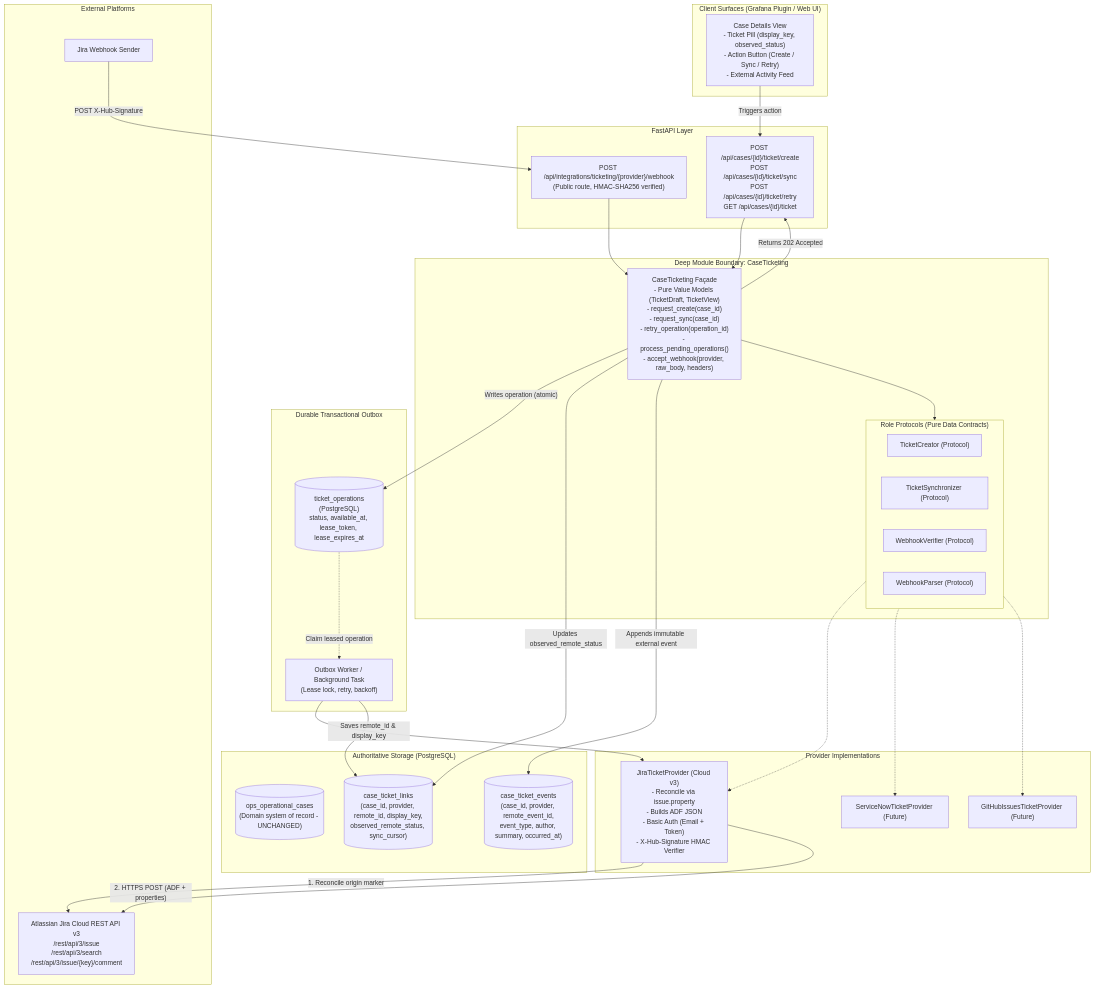
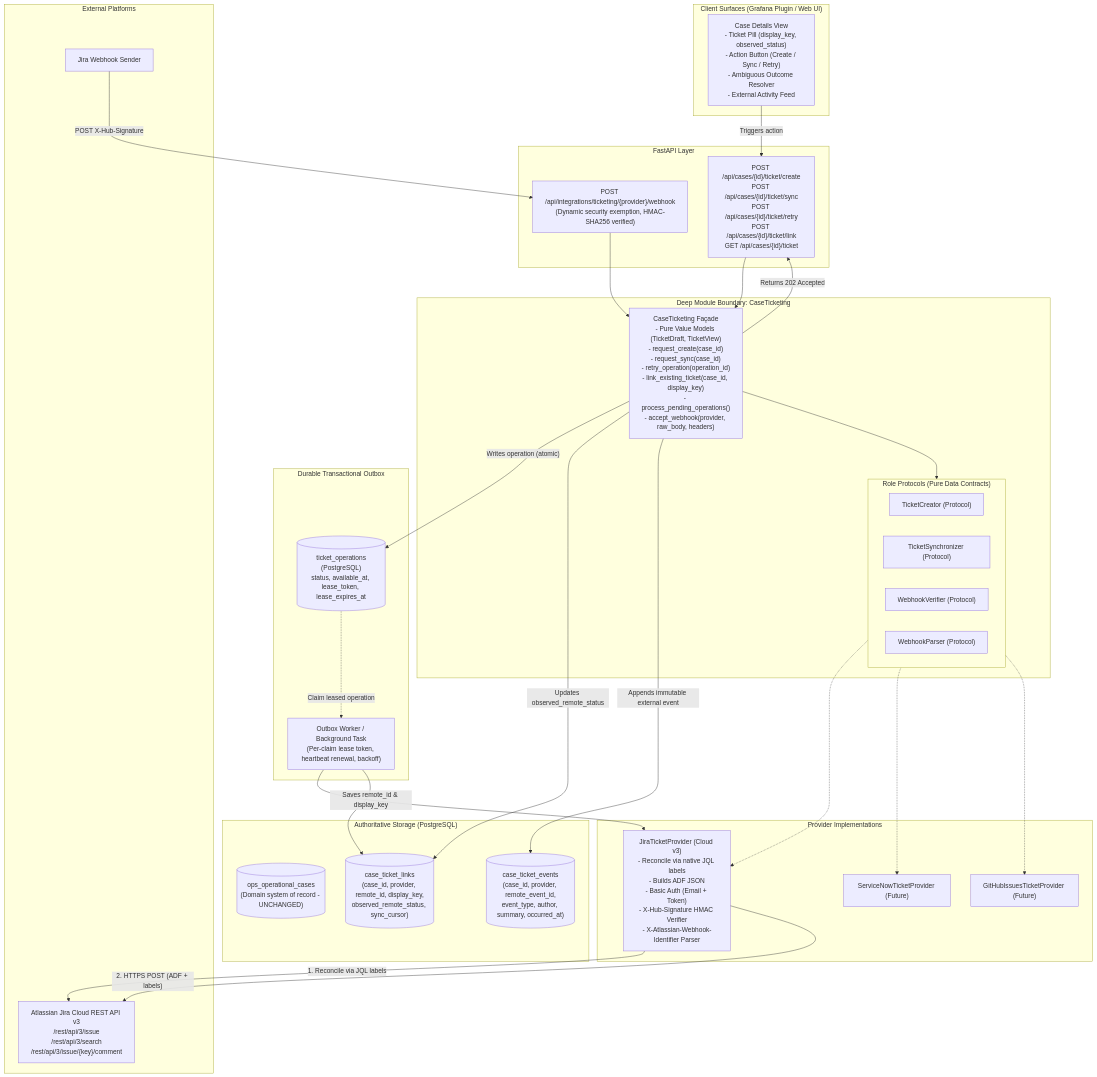
One commit to ramprasadgk9/ops-signals changed the diagram in docs/design/proposals/jira-integration-plan.md. Above: the diagram before and after it, drawn with Mermaid. The commit also changed other lines of this file, not shown here.

Commit message:
docs: resolve Jira reconciliation via native labels, concrete webhook identity, lease heartbeat, and dynamic auth

````diff
--- a/docs/design/proposals/jira-integration-plan.md
+++ b/docs/design/proposals/jira-integration-plan.md
@@ -51,65 +51,65 @@
 ```mermaid
 flowchart TB
   subgraph ClientUI["Client Surfaces (Grafana Plugin / Web UI)"]
-    CaseView["Case Details View\n- Ticket Pill (display_key, observed_status)\n- Action Button (Create / Sync / Retry)\n- External Activity Feed"]
+    CaseView["Case Details View\n- Ticket Pill (display_key, observed_status)\n- Action Button (Create / Sync / Retry)\n- Ambiguous Outcome Resolver\n- External Activity Feed"]
   end
 
   subgraph API["FastAPI Layer"]
-    CaseEndpoints["POST /api/cases/{id}/ticket/create\nPOST /api/cases/{id}/ticket/sync\nPOST /api/cases/{id}/ticket/retry\nGET /api/cases/{id}/ticket"]
-    WebhookEndpoint["POST /api/integrations/ticketing/{provider}/webhook\n(Public route, HMAC-SHA256 verified)"]
+    CaseEndpoints["POST /api/cases/{id}/ticket/create\nPOST /api/cases/{id}/ticket/sync\nPOST /api/cases/{id}/ticket/retry\nPOST /api/cases/{id}/ticket/link\nGET /api/cases/{id}/ticket"]
+    WebhookEndpoint["POST /api/integrations/ticketing/{provider}/webhook\n(Dynamic security exemption, HMAC-SHA256 verified)"]
   end
 
   subgraph CoreModule["Deep Module Boundary: CaseTicketing"]
-    Façade["CaseTicketing Façade\n- Pure Value Models (TicketDraft, TicketView)\n- request_create(case_id)\n- request_sync(case_id)\n- retry_operation(operation_id)\n- process_pending_operations()\n- accept_webhook(provider, raw_body, headers)"]
+    Façade["CaseTicketing Façade\n- Pure Value Models (TicketDraft, TicketView)\n- request_create(case_id)\n- request_sync(case_id)\n- retry_operation(operation_id)\n- link_existing_ticket(case_id, display_key)\n- process_pending_operations()\n- accept_webhook(provider, raw_body, headers)"]
     
     subgraph RoleProtocols["Role Protocols (Pure Data Contracts)"]
       Creator["TicketCreator (Protocol)"]
       Syncer["TicketSynchronizer (Protocol)"]
       Verifier["WebhookVerifier (Protocol)"]
       Parser["WebhookParser (Protocol)"]
     end
     
     Façade --> RoleProtocols
   end
 
   subgraph OutboxEngine["Durable Transactional Outbox"]
     OutboxTable[("ticket_operations\n(PostgreSQL)\nstatus, available_at, lease_token, lease_expires_at")]
-    Worker["Outbox Worker / Background Task\n(Lease lock, retry, backoff)"]
+    Worker["Outbox Worker / Background Task\n(Per-claim lease token, heartbeat renewal, backoff)"]
     OutboxTable -.->|"Claim leased operation"| Worker
   end
 
   subgraph DataLayer["Authoritative Storage (PostgreSQL)"]
     CasesTable[("ops_operational_cases\n(Domain system of record - UNCHANGED)")]
     LinksTable[("case_ticket_links\n(case_id, provider, remote_id, display_key,\nobserved_remote_status, sync_cursor)")]
     EventsTable[("case_ticket_events\n(case_id, provider, remote_event_id,\nevent_type, author, summary, occurred_at)")]
   end
 
   subgraph Adapters["Provider Implementations"]
-    JiraAdapter["JiraTicketProvider (Cloud v3)\n- Reconcile via issue.property\n- Builds ADF JSON\n- Basic Auth (Email + Token)\n- X-Hub-Signature HMAC Verifier"]
+    JiraAdapter["JiraTicketProvider (Cloud v3)\n- Reconcile via native JQL labels\n- Builds ADF JSON\n- Basic Auth (Email + Token)\n- X-Hub-Signature HMAC Verifier\n- X-Atlassian-Webhook-Identifier Parser"]
     ServiceNowAdapter["ServiceNowTicketProvider (Future)"]
     GitHubAdapter["GitHubIssuesTicketProvider (Future)"]
     
     RoleProtocols -.-> JiraAdapter
     RoleProtocols -.-> ServiceNowAdapter
     RoleProtocols -.-> GitHubAdapter
   end
 
   subgraph ExternalSaaS["External Platforms"]
     JiraAPI["Atlassian Jira Cloud REST API v3\n/rest/api/3/issue\n/rest/api/3/search\n/rest/api/3/issue/{key}/comment"]
     JiraWebhooks["Jira Webhook Sender"]
   end
 
   CaseView -->|"Triggers action"| CaseEndpoints
   CaseEndpoints --> Façade
   Façade -->|"Writes operation (atomic)"| OutboxTable
   Façade -->|"Returns 202 Accepted"| CaseEndpoints
   Worker --> JiraAdapter
-  JiraAdapter -->|"1. Reconcile origin marker"| JiraAPI
-  JiraAdapter -->|"2. HTTPS POST (ADF + properties)"| JiraAPI
+  JiraAdapter -->|"1. Reconcile via JQL labels"| JiraAPI
+  JiraAdapter -->|"2. HTTPS POST (ADF + labels)"| JiraAPI
   Worker -->|"Saves remote_id & display_key"| LinksTable
   
   JiraWebhooks -->|"POST X-Hub-Signature"| WebhookEndpoint
   WebhookEndpoint --> Façade
   Façade -->|"Updates observed_remote_status"| LinksTable
   Façade -->|"Appends immutable external event"| EventsTable
 ```
````
